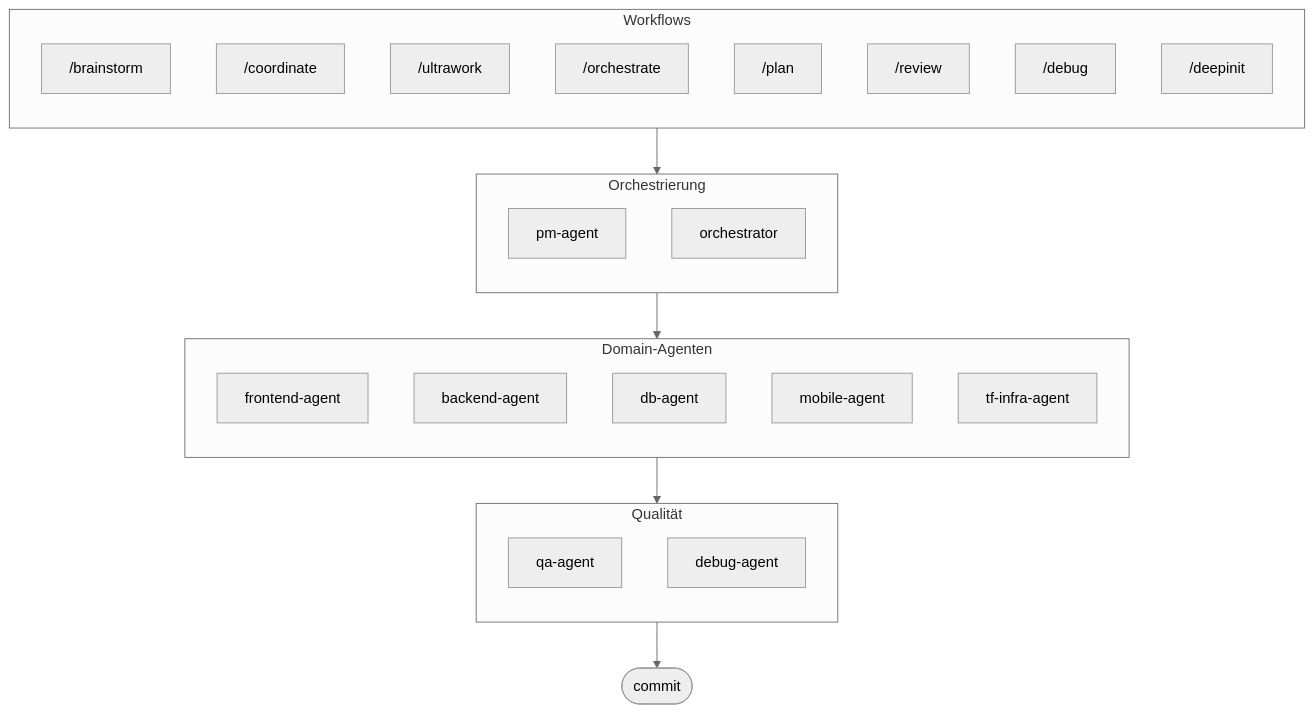
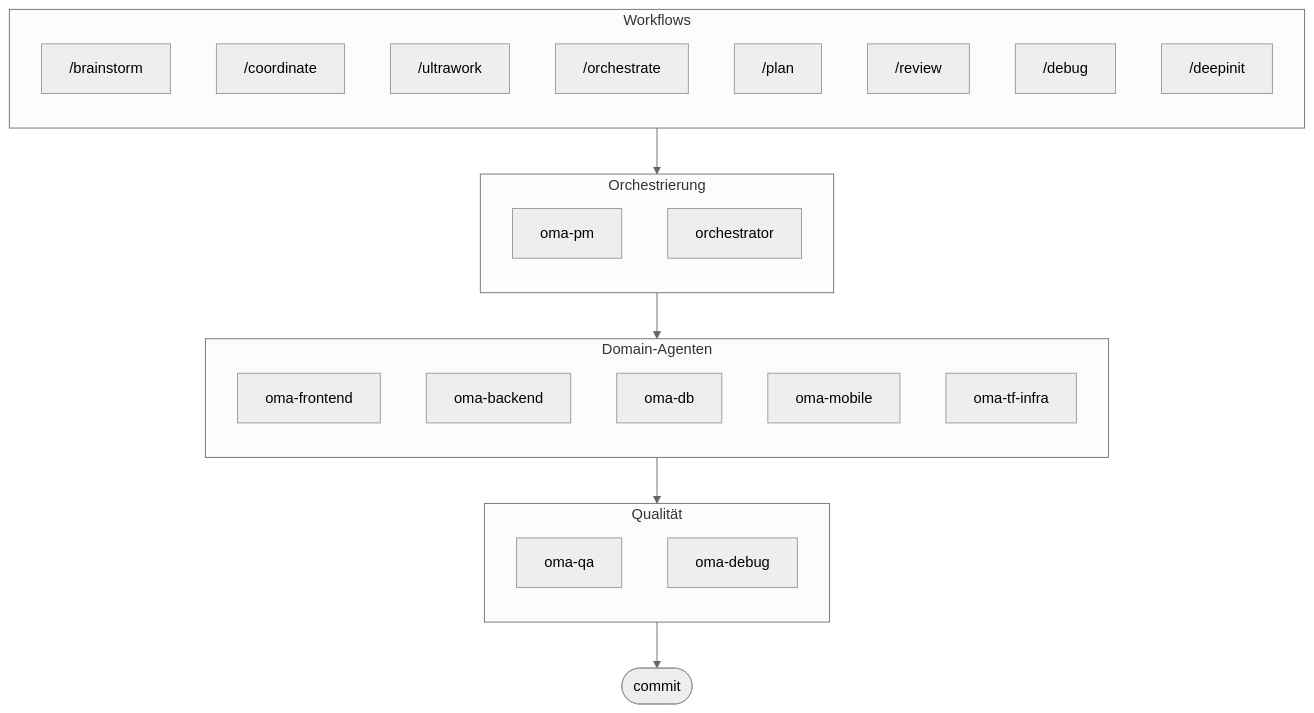
One commit to first-fluke/oh-my-agent changed the diagram in docs/README.de.md. Above: the diagram before and after it, drawn with Mermaid (neutral theme). The commit also changed other lines of this file and 222 other files, not shown here.

````diff
--- a/docs/README.de.md
+++ b/docs/README.de.md
@@ -77,41 +77,41 @@
 ```mermaid
 flowchart TD
     subgraph Workflows["Workflows"]
         direction TB
         W0["/brainstorm"]
         W1["/coordinate"]
         W1b["/ultrawork"]
         W2["/orchestrate"]
         W3["/plan"]
         W4["/review"]
         W5["/debug"]
         W6["/deepinit"]
     end
 
     subgraph Orchestration["Orchestrierung"]
         direction TB
-        PM[pm-agent]
+        PM[oma-pm]
         ORC[orchestrator]
     end
 
     subgraph Domain["Domain-Agenten"]
         direction TB
-        FE[frontend-agent]
-        BE[backend-agent]
-        DB[db-agent]
-        MB[mobile-agent]
-        TF[tf-infra-agent]
+        FE[oma-frontend]
+        BE[oma-backend]
+        DB[oma-db]
+        MB[oma-mobile]
+        TF[oma-tf-infra]
     end
 
     subgraph Quality["Qualität"]
         direction TB
-        QA[qa-agent]
-        DBG[debug-agent]
+        QA[oma-qa]
+        DBG[oma-debug]
     end
 
 
     Workflows --> Orchestration
     Orchestration --> Domain
     Domain --> Quality
     Quality --> CMT([commit])
 ```
````
